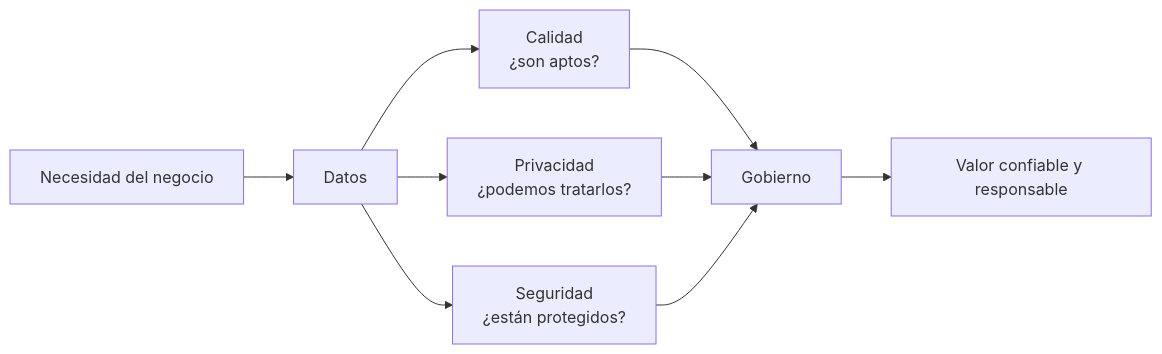
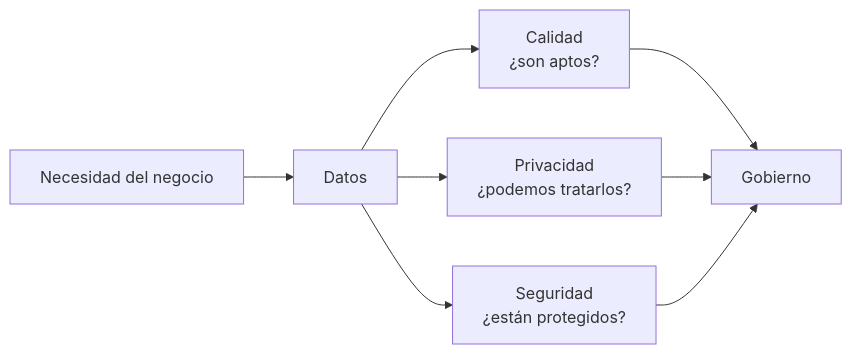
The diagram in src/content/docs/bbdd-aplicadas/unidad-6/teoria/unidad-6.md (unlam-informatica/unlam-informatica.github.io), drawn with Mermaid before and after one commit. The commit also changed other lines of this file and 100 other files, not shown here.

````diff
--- a/src/content/docs/bbdd-aplicadas/unidad-6/teoria/unidad-6.md
+++ b/src/content/docs/bbdd-aplicadas/unidad-6/teoria/unidad-6.md
@@ -16,11 +21,10 @@
 ```mermaid
 flowchart LR
     N[Necesidad del negocio] --> D[Datos]
     D --> Q[Calidad<br/>¿son aptos?]
     D --> P[Privacidad<br/>¿podemos tratarlos?]
     D --> S[Seguridad<br/>¿están protegidos?]
     Q --> G[Gobierno]
     P --> G
     S --> G
-    G --> V[Valor confiable y responsable]
 ```
````
